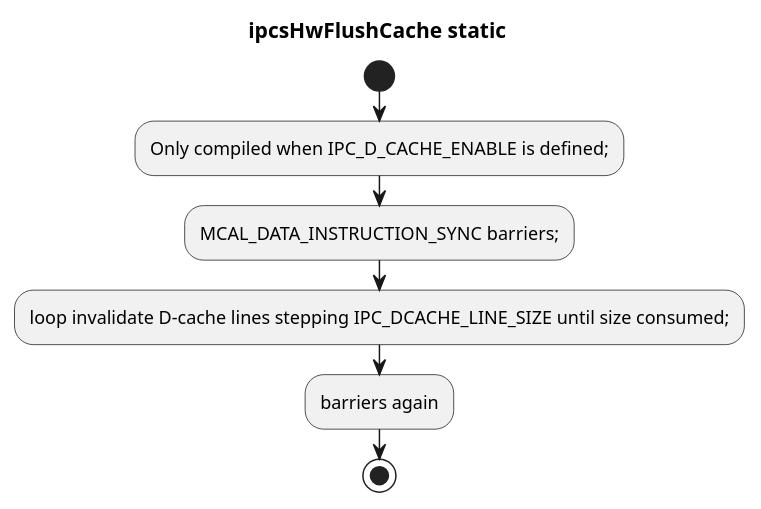
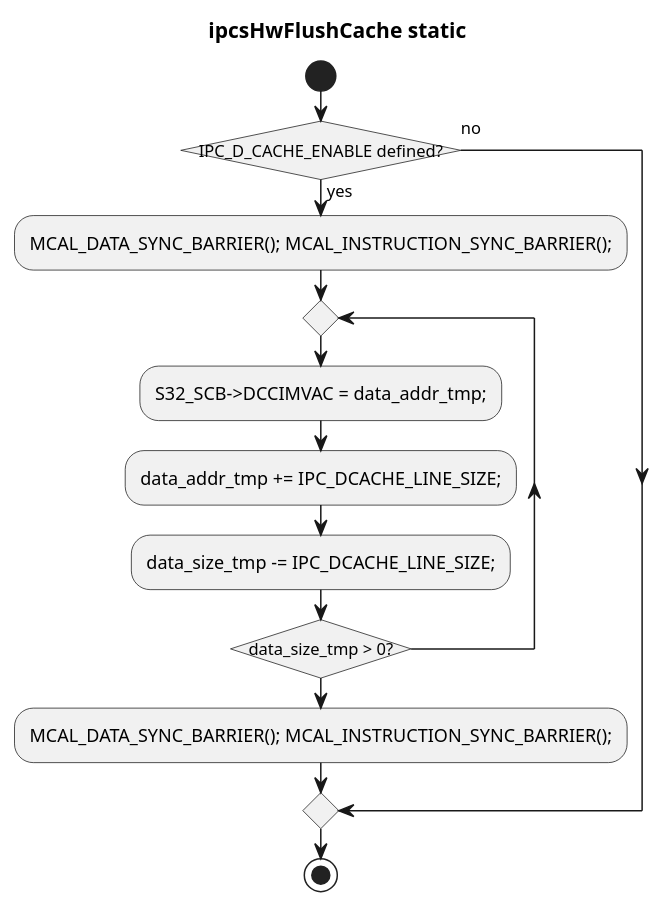
Before and after one commit to Mastang1/sad_sdd_proj: the diagram in c1_sdd_linux-ipcs/cursor_tmp/flow_umls/3_4_38.puml, drawn with PlantUML. The commit also changed 53 other files, not shown here.

```diff
--- a/c1_sdd_linux-ipcs/cursor_tmp/flow_umls/3_4_38.puml
+++ b/c1_sdd_linux-ipcs/cursor_tmp/flow_umls/3_4_38.puml
@@ -1,12 +1,18 @@
 @startuml
 !pragma layout smetana
 skinparam conditionStyle insideDiamond
 skinparam linetype ortho
 title ipcsHwFlushCache static
 start
-:Only compiled when IPC_D_CACHE_ENABLE is defined;;
-:MCAL_DATA_INSTRUCTION_SYNC barriers;;
-:loop invalidate D-cache lines stepping IPC_DCACHE_LINE_SIZE until size consumed;;
-:barriers again;
+if (IPC_D_CACHE_ENABLE defined?) then (yes)
+  :MCAL_DATA_SYNC_BARRIER(); MCAL_INSTRUCTION_SYNC_BARRIER();;
+  repeat
+    :S32_SCB->DCCIMVAC = data_addr_tmp;;
+    :data_addr_tmp += IPC_DCACHE_LINE_SIZE;;
+    :data_size_tmp -= IPC_DCACHE_LINE_SIZE;;
+  repeat while (data_size_tmp > 0?) is (yes)
+  :MCAL_DATA_SYNC_BARRIER(); MCAL_INSTRUCTION_SYNC_BARRIER();;
+else (no)
+endif
 stop
 @enduml
```
